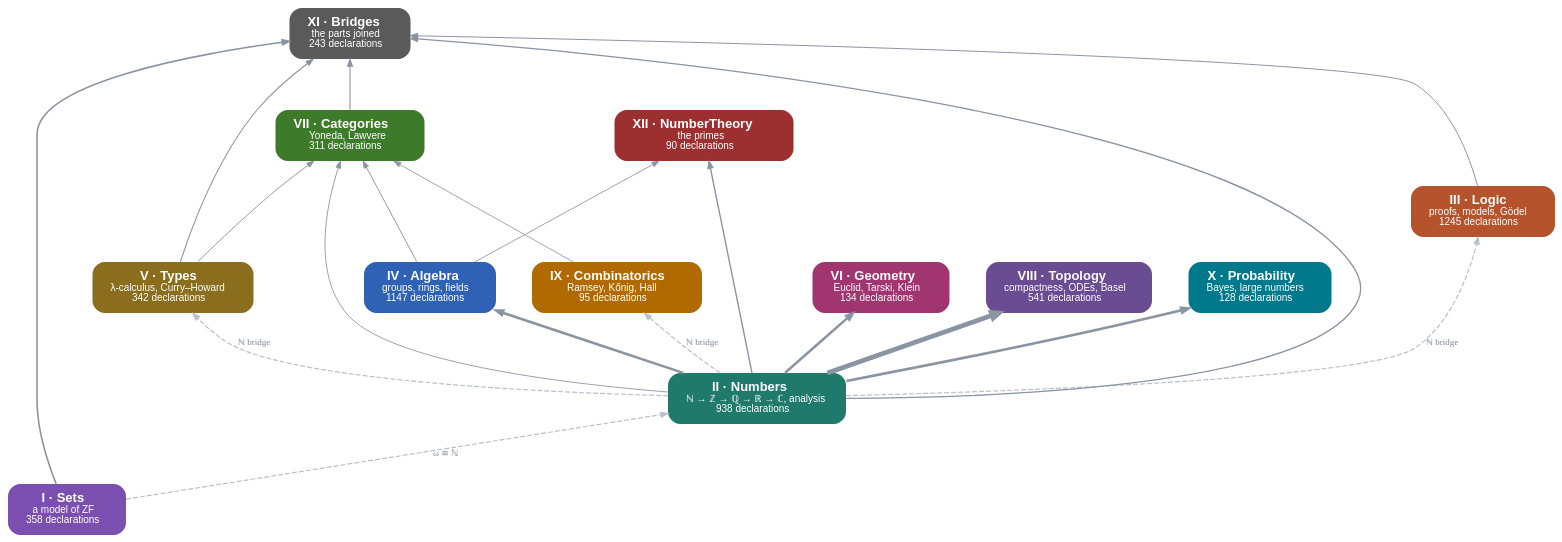
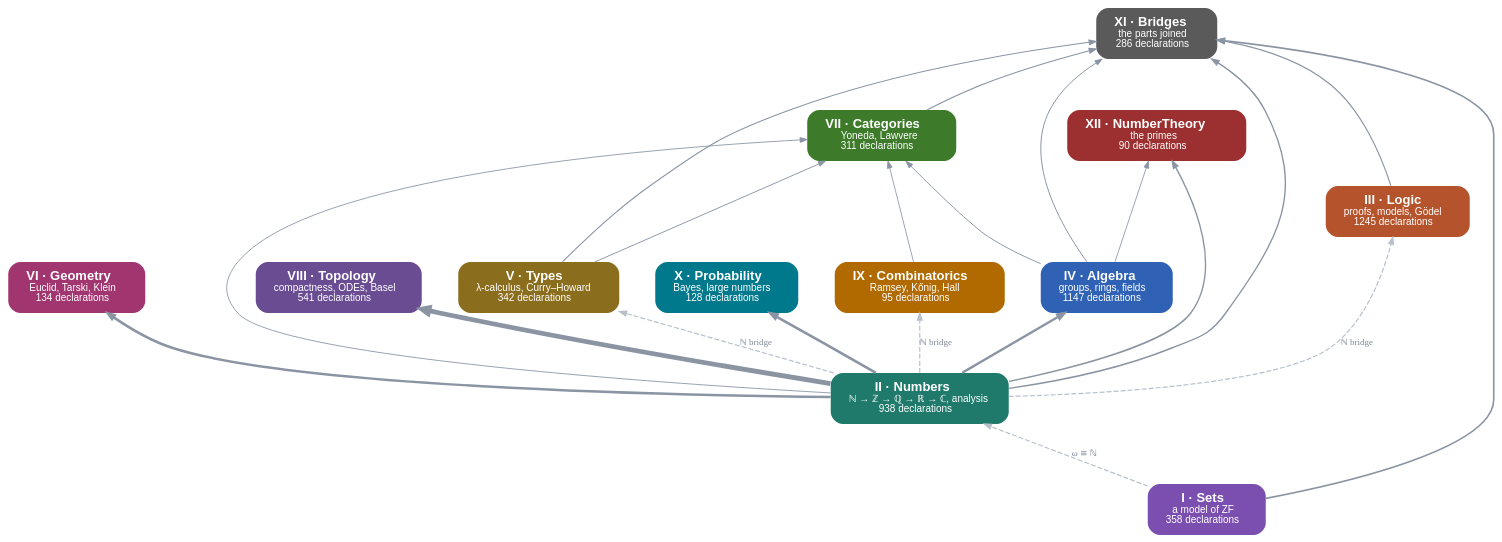
One commit to damianspendel/foundations changed the diagram in site/dist/parts.dot. Above: the diagram before and after it, drawn with Graphviz. The commit also changed 14 other files, not shown here.

```diff
--- a/site/dist/parts.dot
+++ b/site/dist/parts.dot
@@ -1,36 +1,37 @@
 digraph parts {
 rankdir=BT; bgcolor="transparent"; nodesep=0.5; ranksep=0.7;
 node [shape=box, style="rounded,filled", fontname="Helvetica", fontsize=13, penwidth=0, margin="0.25,0.12"];
 edge [color="#8a94a3", arrowsize=0.7];
 "Sets" [label=<<b>I · Sets</b><br/><font point-size="10">a model of ZF<br/>358 declarations</font>>, fillcolor="#7b4fb0", fontcolor="white"];
 "Numbers" [label=<<b>II · Numbers</b><br/><font point-size="10">ℕ → ℤ → ℚ → ℝ → ℂ, analysis<br/>938 declarations</font>>, fillcolor="#1f7a6c", fontcolor="white"];
 "Logic" [label=<<b>III · Logic</b><br/><font point-size="10">proofs, models, Gödel<br/>1245 declarations</font>>, fillcolor="#b5532c", fontcolor="white"];
 "Algebra" [label=<<b>IV · Algebra</b><br/><font point-size="10">groups, rings, fields<br/>1147 declarations</font>>, fillcolor="#2f62b5", fontcolor="white"];
 "Types" [label=<<b>V · Types</b><br/><font point-size="10">λ-calculus, Curry–Howard<br/>342 declarations</font>>, fillcolor="#8a6d1d", fontcolor="white"];
 "Geometry" [label=<<b>VI · Geometry</b><br/><font point-size="10">Euclid, Tarski, Klein<br/>134 declarations</font>>, fillcolor="#a1356f", fontcolor="white"];
 "Categories" [label=<<b>VII · Categories</b><br/><font point-size="10">Yoneda, Lawvere<br/>311 declarations</font>>, fillcolor="#3d7a2a", fontcolor="white"];
 "Topology" [label=<<b>VIII · Topology</b><br/><font point-size="10">compactness, ODEs, Basel<br/>541 declarations</font>>, fillcolor="#6a4c93", fontcolor="white"];
 "Combinatorics" [label=<<b>IX · Combinatorics</b><br/><font point-size="10">Ramsey, Kőnig, Hall<br/>95 declarations</font>>, fillcolor="#b06a00", fontcolor="white"];
 "Probability" [label=<<b>X · Probability</b><br/><font point-size="10">Bayes, large numbers<br/>128 declarations</font>>, fillcolor="#00798c", fontcolor="white"];
-"Bridges" [label=<<b>XI · Bridges</b><br/><font point-size="10">the parts joined<br/>243 declarations</font>>, fillcolor="#5a5a5a", fontcolor="white"];
+"Bridges" [label=<<b>XI · Bridges</b><br/><font point-size="10">the parts joined<br/>286 declarations</font>>, fillcolor="#5a5a5a", fontcolor="white"];
 "NumberTheory" [label=<<b>XII · NumberTheory</b><br/><font point-size="10">the primes<br/>90 declarations</font>>, fillcolor="#9c2f2f", fontcolor="white"];
+"Algebra" -> "Bridges" [penwidth=0.98, tooltip="37 uses of Algebra in Bridges"];
 "Algebra" -> "Categories" [penwidth=0.94, tooltip="23 uses of Algebra in Categories"];
 "Algebra" -> "NumberTheory" [penwidth=0.85, tooltip="3 uses of Algebra in NumberTheory"];
 "Categories" -> "Bridges" [penwidth=1.07, tooltip="82 uses of Categories in Bridges"];
 "Combinatorics" -> "Categories" [penwidth=0.83, tooltip="1 uses of Combinatorics in Categories"];
-"Logic" -> "Bridges" [penwidth=0.99, tooltip="42 uses of Logic in Bridges"];
+"Logic" -> "Bridges" [penwidth=1.12, tooltip="115 uses of Logic in Bridges"];
 "Numbers" -> "Algebra" [penwidth=2.45, tooltip="3114 uses of Numbers in Algebra"];
-"Numbers" -> "Bridges" [penwidth=1.28, tooltip="267 uses of Numbers in Bridges"];
+"Numbers" -> "Bridges" [penwidth=1.39, tooltip="404 uses of Numbers in Bridges"];
 "Numbers" -> "Categories" [penwidth=0.87, tooltip="5 uses of Numbers in Categories"];
 "Numbers" -> "Geometry" [penwidth=2.47, tooltip="3189 uses of Numbers in Geometry"];
 "Numbers" -> "NumberTheory" [penwidth=1.36, tooltip="358 uses of Numbers in NumberTheory"];
 "Numbers" -> "Probability" [penwidth=2.59, tooltip="3662 uses of Numbers in Probability"];
 "Numbers" -> "Topology" [penwidth=4.80, tooltip="18380 uses of Numbers in Topology"];
-"Sets" -> "Bridges" [penwidth=1.60, tooltip="738 uses of Sets in Bridges"];
+"Sets" -> "Bridges" [penwidth=1.63, tooltip="796 uses of Sets in Bridges"];
 "Types" -> "Bridges" [penwidth=1.05, tooltip="73 uses of Types in Bridges"];
 "Types" -> "Categories" [penwidth=0.94, tooltip="21 uses of Types in Categories"];
 "Sets" -> "Numbers" [style=dashed, color="#b8c0cc", penwidth=1.2, label=<<font point-size="9" color="#7d8796">ω ≅ ℕ</font>>];
 "Numbers" -> "Logic" [style=dashed, color="#b8c0cc", penwidth=1.2, label=<<font point-size="9" color="#7d8796">ℕ bridge</font>>];
 "Numbers" -> "Types" [style=dashed, color="#b8c0cc", penwidth=1.2, label=<<font point-size="9" color="#7d8796">ℕ bridge</font>>];
 "Numbers" -> "Combinatorics" [style=dashed, color="#b8c0cc", penwidth=1.2, label=<<font point-size="9" color="#7d8796">ℕ bridge</font>>];
 }
```
